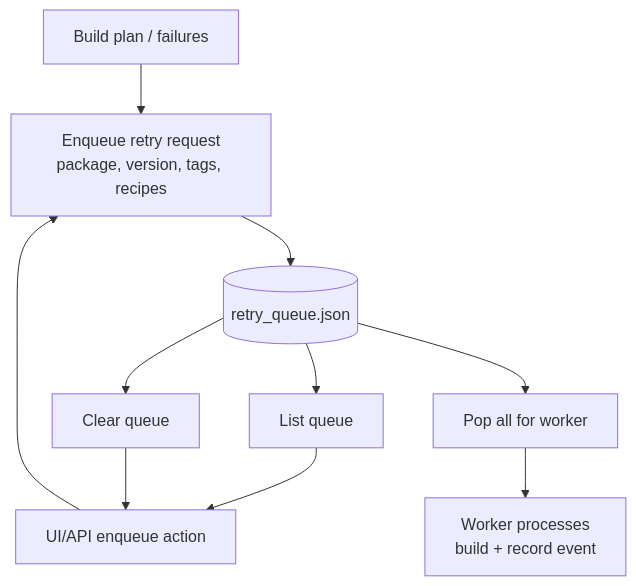
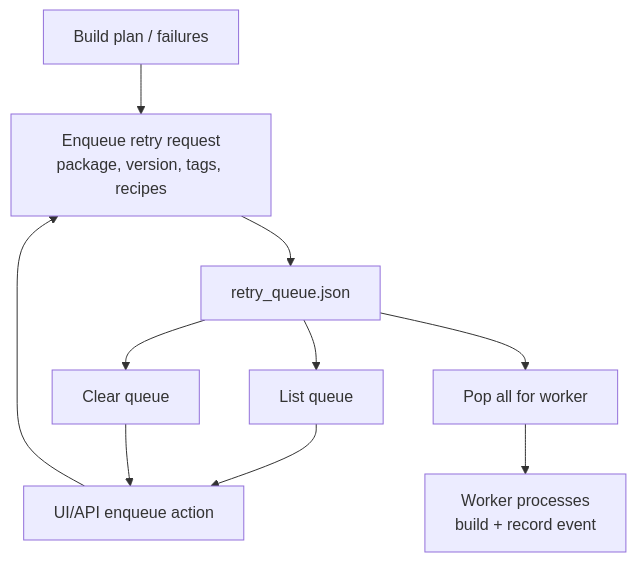
The diagram in docs/diagrams/component-retry-queue.mmd (k8ika0s/s390x-wheel-refinery), drawn with Mermaid before and after one commit. The commit also changed 4 other files, not shown here.

Commit message:
Remove parentheses in mermaid node labels to satisfy lint

```diff
--- a/docs/diagrams/component-retry-queue.mmd
+++ b/docs/diagrams/component-retry-queue.mmd
@@ -1,10 +1,10 @@
 flowchart TD
     PLAN[Build plan / failures] --> ENQ[Enqueue retry request\npackage, version, tags, recipes]
     UI[UI/API enqueue action] --> ENQ
-    ENQ --> FILE[(retry_queue.json)]
+    ENQ --> FILE[retry_queue.json]
     FILE --> LIST[List queue]
     FILE --> CLEAR[Clear queue]
     FILE --> POP[Pop all for worker]
     POP --> WORKER[Worker processes\nbuild + record event]
     LIST --> UI
     CLEAR --> UI
```
